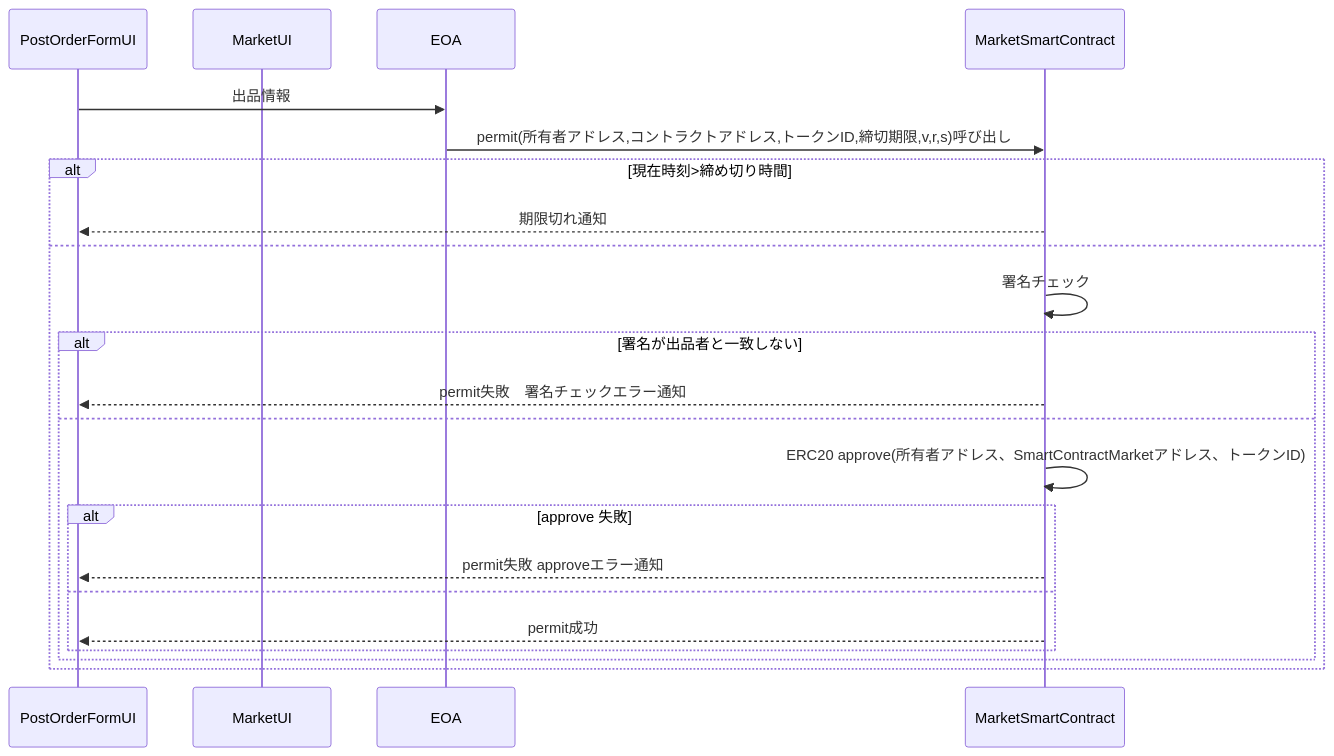
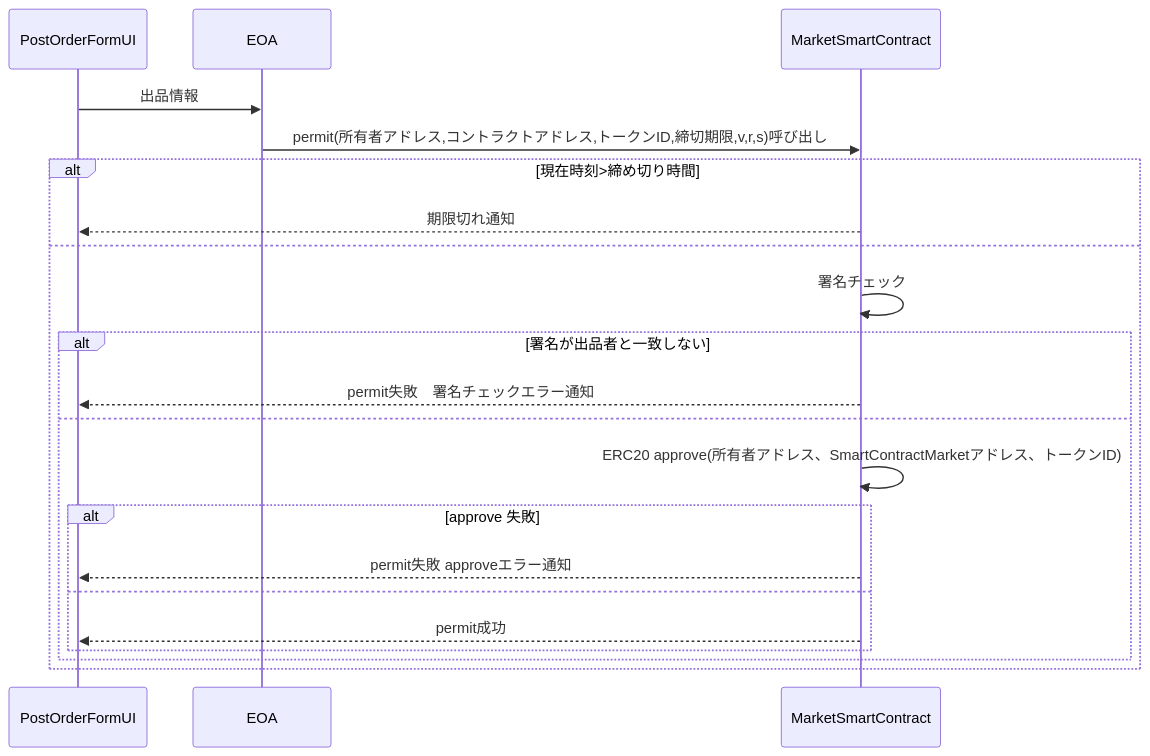
One commit to stomizawa1107/solidityTest changed the diagram in Sequence/permit.md. Above: the diagram before and after it, drawn with Mermaid. The commit also changed 1 other file, not shown here.

````diff
--- a/Sequence/permit.md
+++ b/Sequence/permit.md
@@ -1,25 +1,24 @@
 ```mermaid
 sequenceDiagram
     participant PostOrderFormUI
-    participant MarketUI
     participant EOA
     participant MarketSmartContract
     PostOrderFormUI->>EOA: 出品情報
     EOA->>MarketSmartContract: permit(所有者アドレス,コントラクトアドレス,トークンID,締切期限,v,r,s)呼び出し
             alt 現在時刻>締め切り時間
                 MarketSmartContract-->>PostOrderFormUI: 期限切れ通知
             else
                 MarketSmartContract->>MarketSmartContract: 署名チェック
                 alt 署名が出品者と一致しない
                     MarketSmartContract-->>PostOrderFormUI: permit失敗　署名チェックエラー通知
                 else
                     MarketSmartContract->>MarketSmartContract:ERC20 approve(所有者アドレス、SmartContractMarketアドレス、トークンID)
                     alt approve 失敗
                         MarketSmartContract-->>PostOrderFormUI: permit失敗 approveエラー通知
 
                     else
                         MarketSmartContract-->>PostOrderFormUI: permit成功
                     end
                 end
             end
 ```
````
